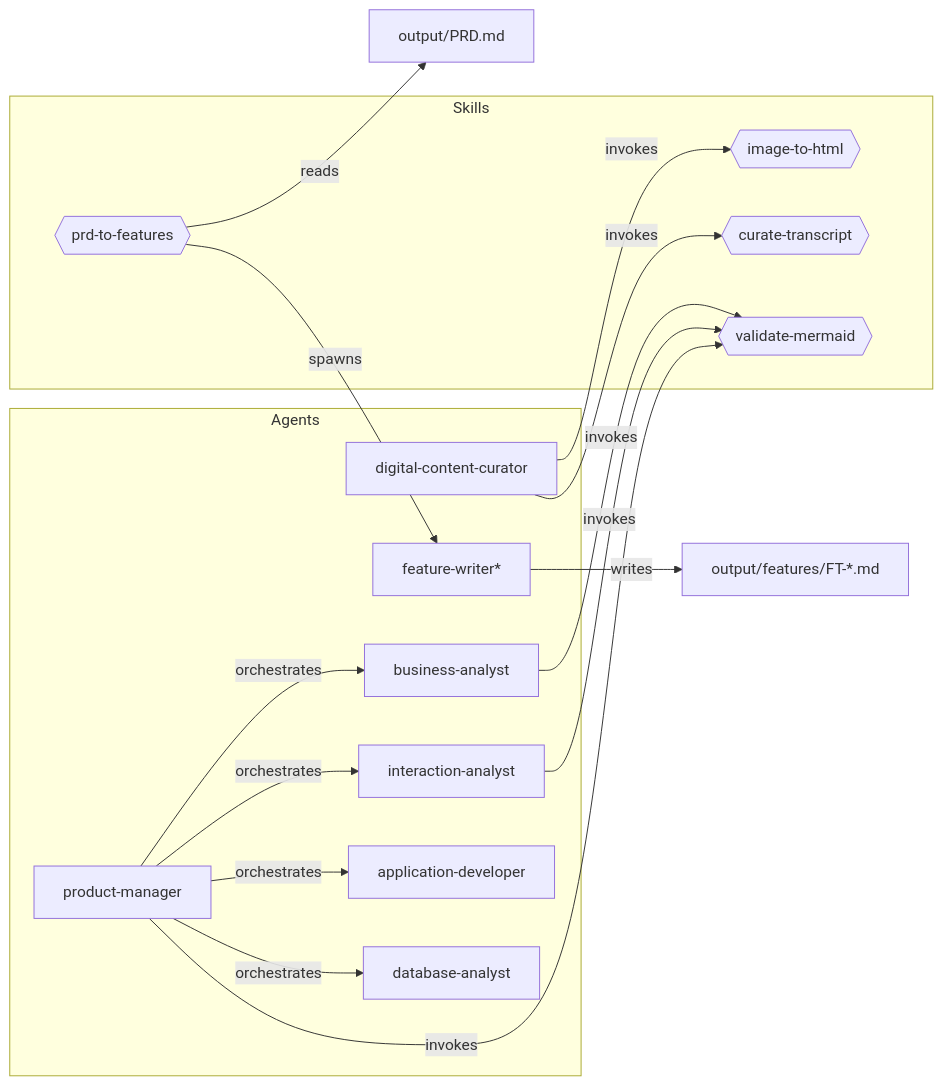
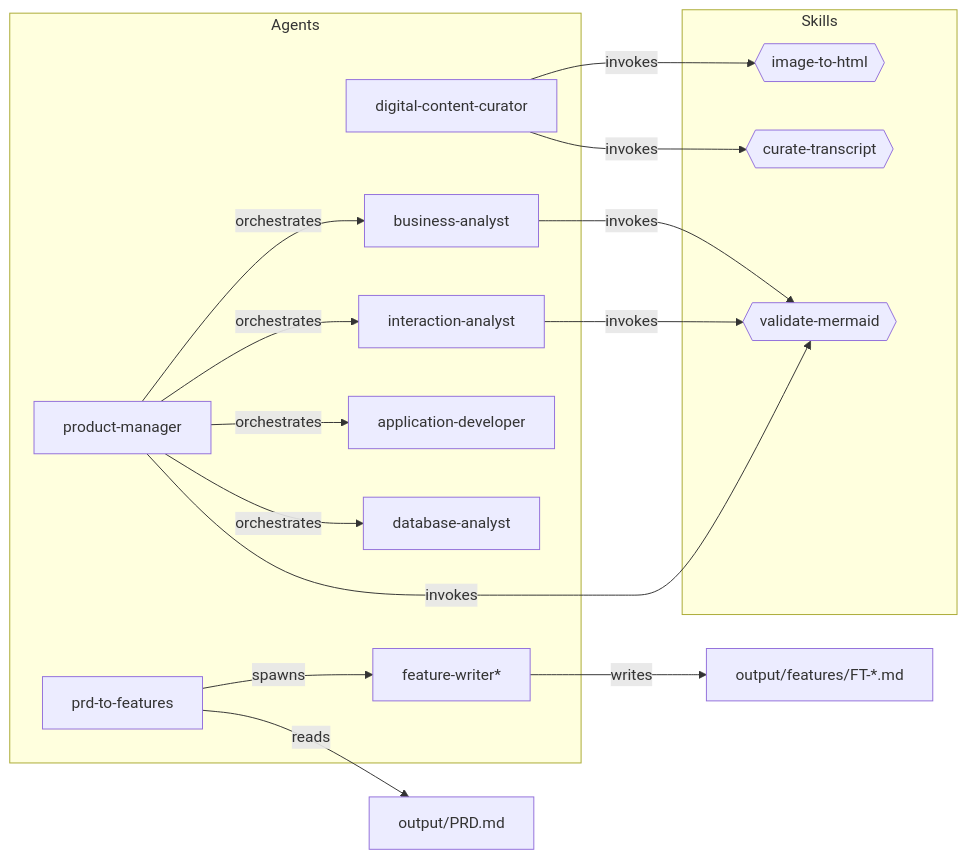
One commit to martfo/claude-legacy-reveng-plugin changed the first of 2 diagrams in README.md. Above: the diagram before and after it, drawn with Mermaid. The commit also changed other lines of this file and 2 other files, not shown here.

Commit message:
refactor(prd-to-features): migrate from skill to agent

````diff
--- a/README.md
+++ b/README.md
@@ -115,35 +115,35 @@
 ```mermaid
 graph LR
     subgraph Skills
         i2h{{image-to-html}}
         ct{{curate-transcript}}
         vm{{validate-mermaid}}
-        p2f{{prd-to-features}}
     end
 
     subgraph Agents
         curator[digital-content-curator]
         ba[business-analyst]
         ia[interaction-analyst]
         ad[application-developer]
         da[database-analyst]
         pm[product-manager]
+        p2f[prd-to-features]
         fw[feature-writer*]
     end
 
     curator -->|invokes| i2h
     curator -->|invokes| ct
 
     pm -->|orchestrates| ba
     pm -->|orchestrates| ia
     pm -->|orchestrates| ad
     pm -->|orchestrates| da
 
     ba -->|invokes| vm
     ia -->|invokes| vm
     pm -->|invokes| vm
 
     p2f -->|reads| prd[output/PRD.md]
     p2f -->|spawns| fw
     fw -->|writes| ft[output/features/FT-*.md]
 ```
````
